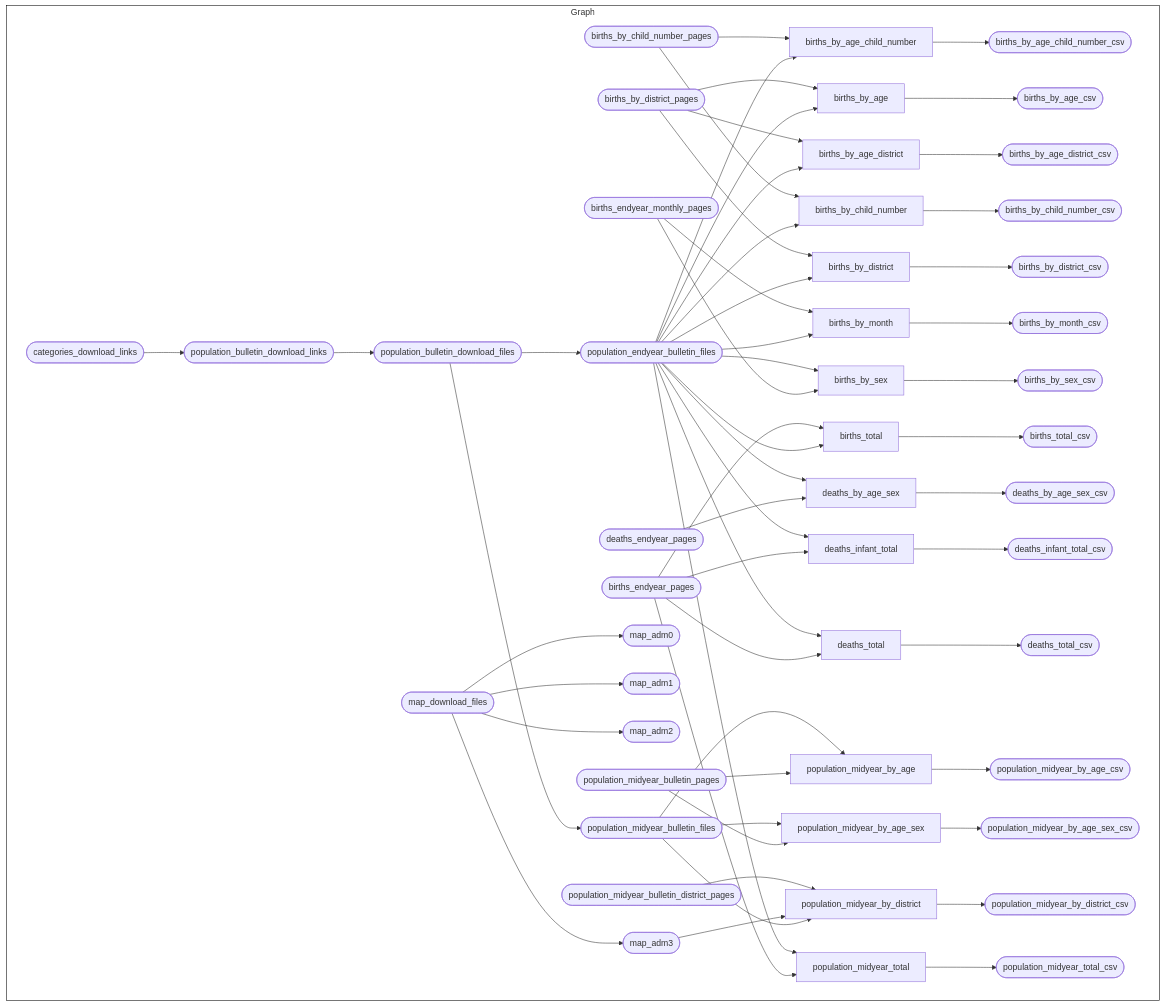
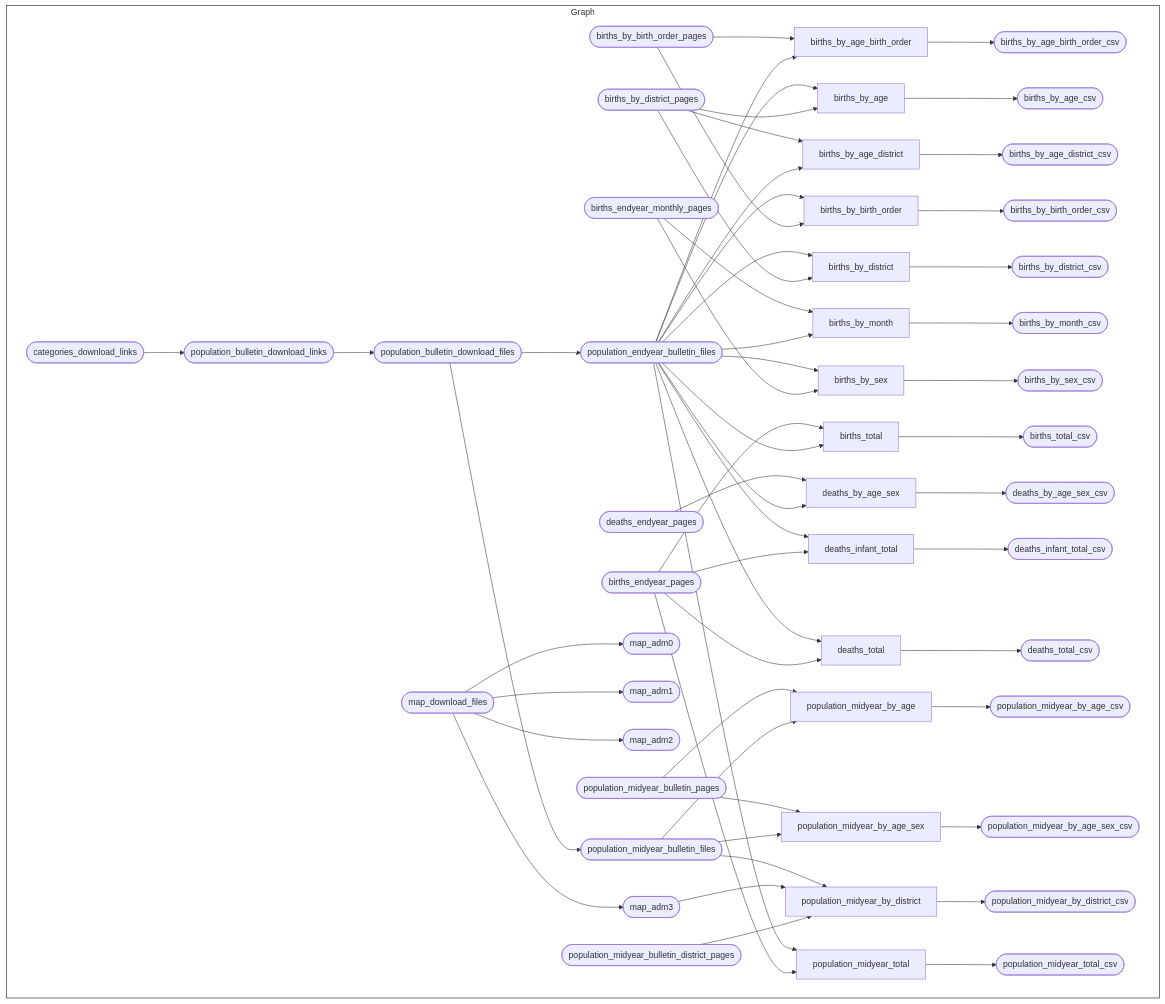
Before and after one commit to OxfordIHTM/seychelles-statistics: the diagram in README.md, drawn with Mermaid. The commit also changed other lines of this file and 6 other files, not shown here.

Commit message:
rename child number to birth order; fix #76

````diff
--- a/README.md
+++ b/README.md
@@ -301,62 +302,62 @@
 ``` mermaid
 graph LR
   style Graph fill:#FFFFFF00,stroke:#000000;
   subgraph Graph
     direction LR
     x39c53f3806f354bf(["births_by_district_pages"]):::skipped --> xb5d471b223f71093["births_by_age"]:::skipped
     xeea0ec396e5de5da(["population_endyear_bulletin_files"]):::skipped --> xb5d471b223f71093["births_by_age"]:::skipped
-    xd7ed52d5505f1301(["births_by_child_number_pages"]):::skipped --> xdb9387a71d9afb77["births_by_age_child_number"]:::skipped
-    xeea0ec396e5de5da(["population_endyear_bulletin_files"]):::skipped --> xdb9387a71d9afb77["births_by_age_child_number"]:::skipped
-    xdb9387a71d9afb77["births_by_age_child_number"]:::skipped --> x37b1525401441d9f(["births_by_age_child_number_csv"]):::skipped
-    xb5d471b223f71093["births_by_age"]:::skipped --> xbbabd51f8df64492(["births_by_age_csv"]):::skipped
+    xeea0ec396e5de5da(["population_endyear_bulletin_files"]):::skipped --> xfccd4550cd074700["births_by_age_birth_order"]:::skipped
+    x98cd2c1d9abf872a(["births_by_birth_order_pages"]):::skipped --> xfccd4550cd074700["births_by_age_birth_order"]:::skipped
+    xfccd4550cd074700["births_by_age_birth_order"]:::skipped --> x0c11dddedf200cf6(["births_by_age_birth_order_csv"]):::completed
+    xb5d471b223f71093["births_by_age"]:::skipped --> xbbabd51f8df64492(["births_by_age_csv"]):::completed
+    xeea0ec396e5de5da(["population_endyear_bulletin_files"]):::skipped --> x4094d4f6d0f8f35a["births_by_age_district"]:::skipped
     x39c53f3806f354bf(["births_by_district_pages"]):::skipped --> x4094d4f6d0f8f35a["births_by_age_district"]:::skipped
-    xeea0ec396e5de5da(["population_endyear_bulletin_files"]):::skipped --> x4094d4f6d0f8f35a["births_by_age_district"]:::skipped
-    x4094d4f6d0f8f35a["births_by_age_district"]:::skipped --> x11faadcda3280dc2(["births_by_age_district_csv"]):::skipped
-    xd7ed52d5505f1301(["births_by_child_number_pages"]):::skipped --> x816c05a21a018486["births_by_child_number"]:::skipped
-    xeea0ec396e5de5da(["population_endyear_bulletin_files"]):::skipped --> x816c05a21a018486["births_by_child_number"]:::skipped
-    x816c05a21a018486["births_by_child_number"]:::skipped --> x0fb17a50aa9b7bc4(["births_by_child_number_csv"]):::skipped
+    x4094d4f6d0f8f35a["births_by_age_district"]:::skipped --> x11faadcda3280dc2(["births_by_age_district_csv"]):::completed
+    x98cd2c1d9abf872a(["births_by_birth_order_pages"]):::skipped --> x8f0b9b44ecb1c0ea["births_by_birth_order"]:::skipped
+    xeea0ec396e5de5da(["population_endyear_bulletin_files"]):::skipped --> x8f0b9b44ecb1c0ea["births_by_birth_order"]:::skipped
+    x8f0b9b44ecb1c0ea["births_by_birth_order"]:::skipped --> x516b8a2e1c1f1ca7(["births_by_birth_order_csv"]):::completed
     x39c53f3806f354bf(["births_by_district_pages"]):::skipped --> x0c2c53d9eeb365ed["births_by_district"]:::skipped
     xeea0ec396e5de5da(["population_endyear_bulletin_files"]):::skipped --> x0c2c53d9eeb365ed["births_by_district"]:::skipped
-    x0c2c53d9eeb365ed["births_by_district"]:::skipped --> x45f5b18e27a4d0fe(["births_by_district_csv"]):::skipped
+    x0c2c53d9eeb365ed["births_by_district"]:::skipped --> x45f5b18e27a4d0fe(["births_by_district_csv"]):::completed
+    xeea0ec396e5de5da(["population_endyear_bulletin_files"]):::skipped --> x2c584c9caafc1be8["births_by_month"]:::skipped
     x5c7646da106bc2f6(["births_endyear_monthly_pages"]):::skipped --> x2c584c9caafc1be8["births_by_month"]:::skipped
-    xeea0ec396e5de5da(["population_endyear_bulletin_files"]):::skipped --> x2c584c9caafc1be8["births_by_month"]:::skipped
-    x2c584c9caafc1be8["births_by_month"]:::skipped --> xa87bb9563f27e00c(["births_by_month_csv"]):::skipped
+    x2c584c9caafc1be8["births_by_month"]:::skipped --> xa87bb9563f27e00c(["births_by_month_csv"]):::completed
+    x5c7646da106bc2f6(["births_endyear_monthly_pages"]):::skipped --> x1e485a7f2384826f["births_by_sex"]:::skipped
     xeea0ec396e5de5da(["population_endyear_bulletin_files"]):::skipped --> x1e485a7f2384826f["births_by_sex"]:::skipped
-    x5c7646da106bc2f6(["births_endyear_monthly_pages"]):::skipped --> x1e485a7f2384826f["births_by_sex"]:::skipped
-    x1e485a7f2384826f["births_by_sex"]:::skipped --> xa6b75ce42a7aa79e(["births_by_sex_csv"]):::skipped
+    x1e485a7f2384826f["births_by_sex"]:::skipped --> xa6b75ce42a7aa79e(["births_by_sex_csv"]):::completed
+    xeea0ec396e5de5da(["population_endyear_bulletin_files"]):::skipped --> x2f4500c2756065a9["births_total"]:::skipped
     xe648a7801cd2da2c(["births_endyear_pages"]):::skipped --> x2f4500c2756065a9["births_total"]:::skipped
-    xeea0ec396e5de5da(["population_endyear_bulletin_files"]):::skipped --> x2f4500c2756065a9["births_total"]:::skipped
-    x2f4500c2756065a9["births_total"]:::skipped --> xd95928afea598d8e(["births_total_csv"]):::skipped
+    x2f4500c2756065a9["births_total"]:::skipped --> xd95928afea598d8e(["births_total_csv"]):::completed
     xeea0ec396e5de5da(["population_endyear_bulletin_files"]):::skipped --> xae333981c466810a["deaths_by_age_sex"]:::skipped
     x344a2780ffaeb7bd(["deaths_endyear_pages"]):::skipped --> xae333981c466810a["deaths_by_age_sex"]:::skipped
-    xae333981c466810a["deaths_by_age_sex"]:::skipped --> xaf8165dda7ea936b(["deaths_by_age_sex_csv"]):::skipped
+    xae333981c466810a["deaths_by_age_sex"]:::skipped --> xaf8165dda7ea936b(["deaths_by_age_sex_csv"]):::completed
+    xe648a7801cd2da2c(["births_endyear_pages"]):::skipped --> x1d5c00f1e4e41ab7["deaths_infant_total"]:::skipped
     xeea0ec396e5de5da(["population_endyear_bulletin_files"]):::skipped --> x1d5c00f1e4e41ab7["deaths_infant_total"]:::skipped
-    xe648a7801cd2da2c(["births_endyear_pages"]):::skipped --> x1d5c00f1e4e41ab7["deaths_infant_total"]:::skipped
-    x1d5c00f1e4e41ab7["deaths_infant_total"]:::skipped --> x548dbfa0844427dc(["deaths_infant_total_csv"]):::skipped
+    x1d5c00f1e4e41ab7["deaths_infant_total"]:::skipped --> x548dbfa0844427dc(["deaths_infant_total_csv"]):::completed
+    xe648a7801cd2da2c(["births_endyear_pages"]):::skipped --> xfd0ff0d9529d4bbd["deaths_total"]:::skipped
     xeea0ec396e5de5da(["population_endyear_bulletin_files"]):::skipped --> xfd0ff0d9529d4bbd["deaths_total"]:::skipped
-    xe648a7801cd2da2c(["births_endyear_pages"]):::skipped --> xfd0ff0d9529d4bbd["deaths_total"]:::skipped
-    xfd0ff0d9529d4bbd["deaths_total"]:::skipped --> xe42488d3267f69ff(["deaths_total_csv"]):::skipped
+    xfd0ff0d9529d4bbd["deaths_total"]:::skipped --> xe42488d3267f69ff(["deaths_total_csv"]):::completed
     x8e509dc7997a12f8(["map_download_files"]):::skipped --> x4851b2941f7c62fc(["map_adm0"]):::skipped
     x8e509dc7997a12f8(["map_download_files"]):::skipped --> xccb26dd891c9a035(["map_adm1"]):::skipped
     x8e509dc7997a12f8(["map_download_files"]):::skipped --> x30d02f8bff8e7f8d(["map_adm2"]):::skipped
     x8e509dc7997a12f8(["map_download_files"]):::skipped --> x7b26bed1fc581742(["map_adm3"]):::skipped
     x90a781ac8daf46c6(["population_bulletin_download_links"]):::skipped --> x303dcb35f327bc97(["population_bulletin_download_files"]):::skipped
     xa7b0e3bf1c25b597(["categories_download_links"]):::skipped --> x90a781ac8daf46c6(["population_bulletin_download_links"]):::skipped
     x303dcb35f327bc97(["population_bulletin_download_files"]):::skipped --> xeea0ec396e5de5da(["population_endyear_bulletin_files"]):::skipped
     x303dcb35f327bc97(["population_bulletin_download_files"]):::skipped --> x52e965cb7c1cd1fc(["population_midyear_bulletin_files"]):::skipped
     x52e965cb7c1cd1fc(["population_midyear_bulletin_files"]):::skipped --> x946771421caaa150["population_midyear_by_age"]:::skipped
     xefa1a60843915f9f(["population_midyear_bulletin_pages"]):::skipped --> x946771421caaa150["population_midyear_by_age"]:::skipped
-    x946771421caaa150["population_midyear_by_age"]:::skipped --> xa1686cc888963231(["population_midyear_by_age_csv"]):::skipped
+    x946771421caaa150["population_midyear_by_age"]:::skipped --> xa1686cc888963231(["population_midyear_by_age_csv"]):::completed
     x52e965cb7c1cd1fc(["population_midyear_bulletin_files"]):::skipped --> x426614807f974316["population_midyear_by_age_sex"]:::skipped
     xefa1a60843915f9f(["population_midyear_bulletin_pages"]):::skipped --> x426614807f974316["population_midyear_by_age_sex"]:::skipped
-    x426614807f974316["population_midyear_by_age_sex"]:::skipped --> xf3039e66b37a1219(["population_midyear_by_age_sex_csv"]):::skipped
+    x426614807f974316["population_midyear_by_age_sex"]:::skipped --> xf3039e66b37a1219(["population_midyear_by_age_sex_csv"]):::completed
     x9f6b6d2ed74a37b4(["population_midyear_bulletin_district_pages"]):::skipped --> xd0c8e8b884ab8581["population_midyear_by_district"]:::skipped
     x7b26bed1fc581742(["map_adm3"]):::skipped --> xd0c8e8b884ab8581["population_midyear_by_district"]:::skipped
     x52e965cb7c1cd1fc(["population_midyear_bulletin_files"]):::skipped --> xd0c8e8b884ab8581["population_midyear_by_district"]:::skipped
-    xd0c8e8b884ab8581["population_midyear_by_district"]:::skipped --> xf94a6bce4cea6c14(["population_midyear_by_district_csv"]):::skipped
+    xd0c8e8b884ab8581["population_midyear_by_district"]:::skipped --> xf94a6bce4cea6c14(["population_midyear_by_district_csv"]):::completed
+    xe648a7801cd2da2c(["births_endyear_pages"]):::skipped --> x52d6a6119be69714["population_midyear_total"]:::skipped
     xeea0ec396e5de5da(["population_endyear_bulletin_files"]):::skipped --> x52d6a6119be69714["population_midyear_total"]:::skipped
-    xe648a7801cd2da2c(["births_endyear_pages"]):::skipped --> x52d6a6119be69714["population_midyear_total"]:::skipped
-    x52d6a6119be69714["population_midyear_total"]:::skipped --> x37b834e41770c27f(["population_midyear_total_csv"]):::skipped
+    x52d6a6119be69714["population_midyear_total"]:::skipped --> x37b834e41770c27f(["population_midyear_total_csv"]):::completed
     
   end
 ```
````
